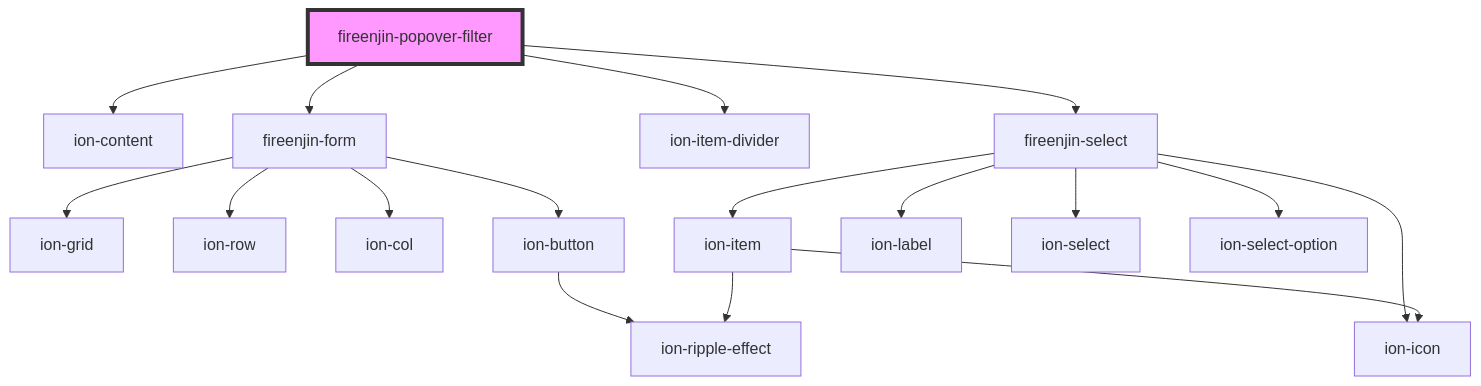
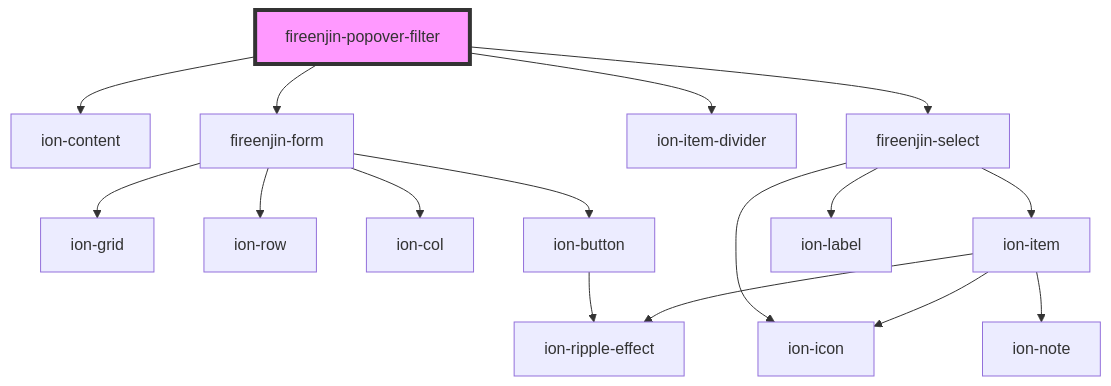
Before and after one commit to FireEnjin/Components: the diagram in src/components/popover-filter/readme.md, drawn with Mermaid. The commit also changed 22 other files, not shown here.

````diff
--- a/src/components/popover-filter/readme.md
+++ b/src/components/popover-filter/readme.md
@@ -26,20 +26,19 @@
 ```mermaid
 graph TD;
   fireenjin-popover-filter --> ion-content
   fireenjin-popover-filter --> fireenjin-form
   fireenjin-popover-filter --> ion-item-divider
   fireenjin-popover-filter --> fireenjin-select
   fireenjin-form --> ion-grid
   fireenjin-form --> ion-row
   fireenjin-form --> ion-col
   fireenjin-form --> ion-button
   ion-button --> ion-ripple-effect
   fireenjin-select --> ion-item
   fireenjin-select --> ion-icon
   fireenjin-select --> ion-label
-  fireenjin-select --> ion-select
-  fireenjin-select --> ion-select-option
   ion-item --> ion-icon
   ion-item --> ion-ripple-effect
+  ion-item --> ion-note
   style fireenjin-popover-filter fill:#f9f,stroke:#333,stroke-width:4px
 ```
````
